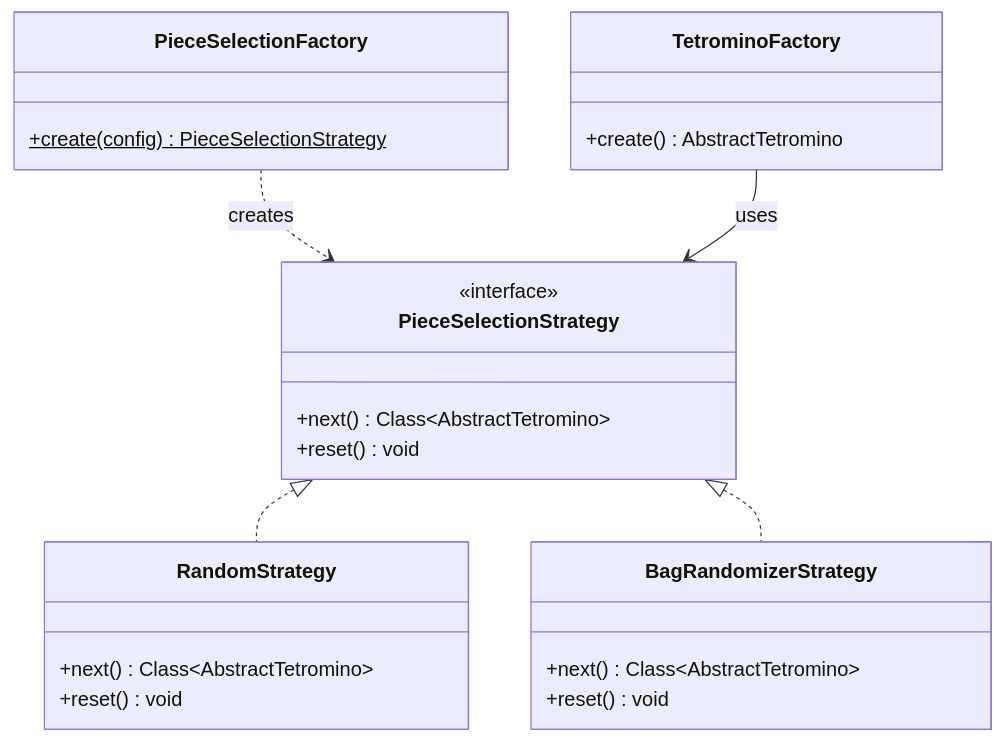
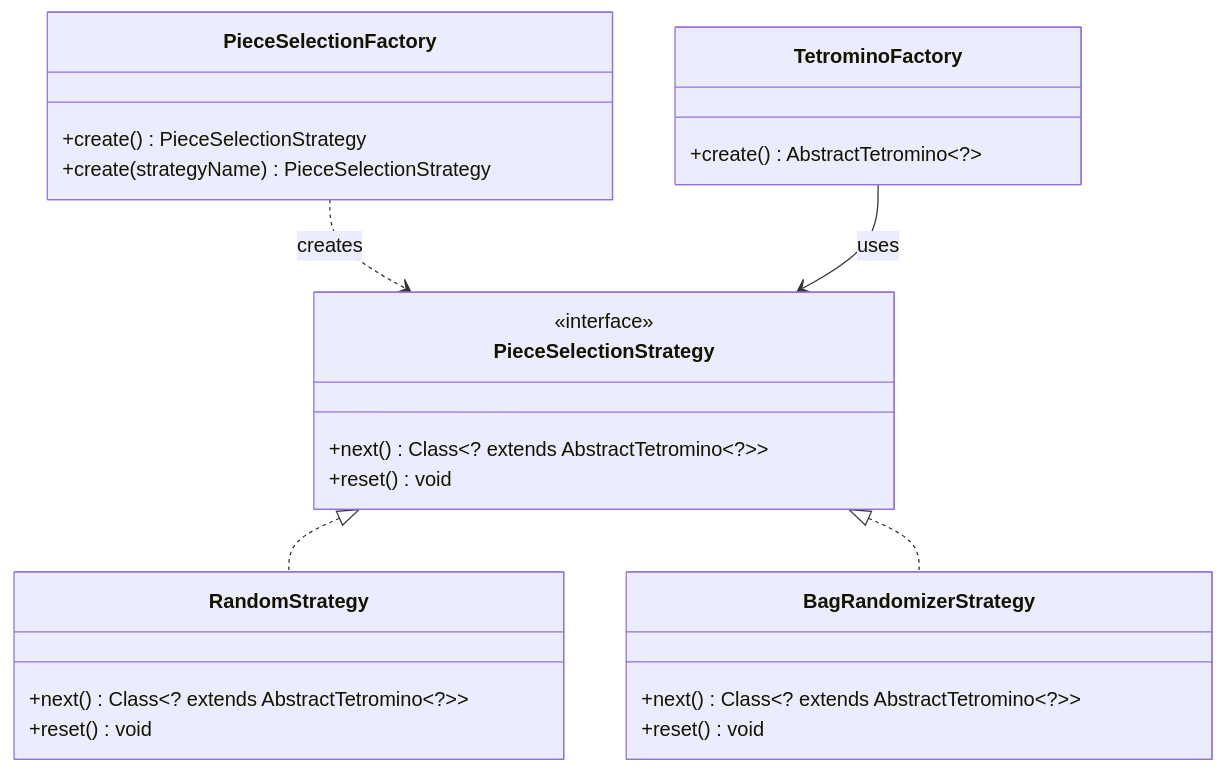
Before and after one commit to xpicio/tetraj: the diagram in report/resources/piece-selection.md, drawn with Mermaid. The commit also changed 20 other files, not shown here.

````diff
--- a/report/resources/piece-selection.md
+++ b/report/resources/piece-selection.md
@@ -1,31 +1,32 @@
 ```mermaid
 classDiagram
     class PieceSelectionStrategy {
         <<interface>>
-        +next() Class~AbstractTetromino~
+        +next() Class~? extends AbstractTetromino~?~~
         +reset() void
     }
 
     class RandomStrategy {
-        +next() Class~AbstractTetromino~
+        +next() Class~? extends AbstractTetromino~?~~
         +reset() void
     }
 
     class BagRandomizerStrategy {
-        +next() Class~AbstractTetromino~
+        +next() Class~? extends AbstractTetromino~?~~
         +reset() void
     }
 
     class PieceSelectionFactory {
-        +create(config)$ PieceSelectionStrategy
+        +create() PieceSelectionStrategy
+        +create(strategyName) PieceSelectionStrategy
     }
 
     class TetrominoFactory {
-        +create() AbstractTetromino
+        +create() AbstractTetromino~?~
     }
 
     PieceSelectionStrategy <|.. RandomStrategy
     PieceSelectionStrategy <|.. BagRandomizerStrategy
     PieceSelectionFactory ..> PieceSelectionStrategy : creates
     TetrominoFactory --> PieceSelectionStrategy : uses
 ```
````
